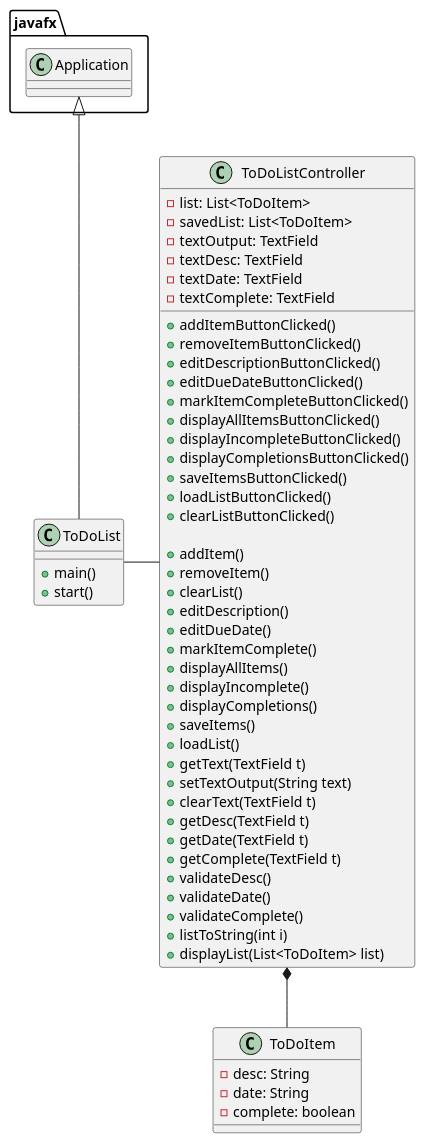
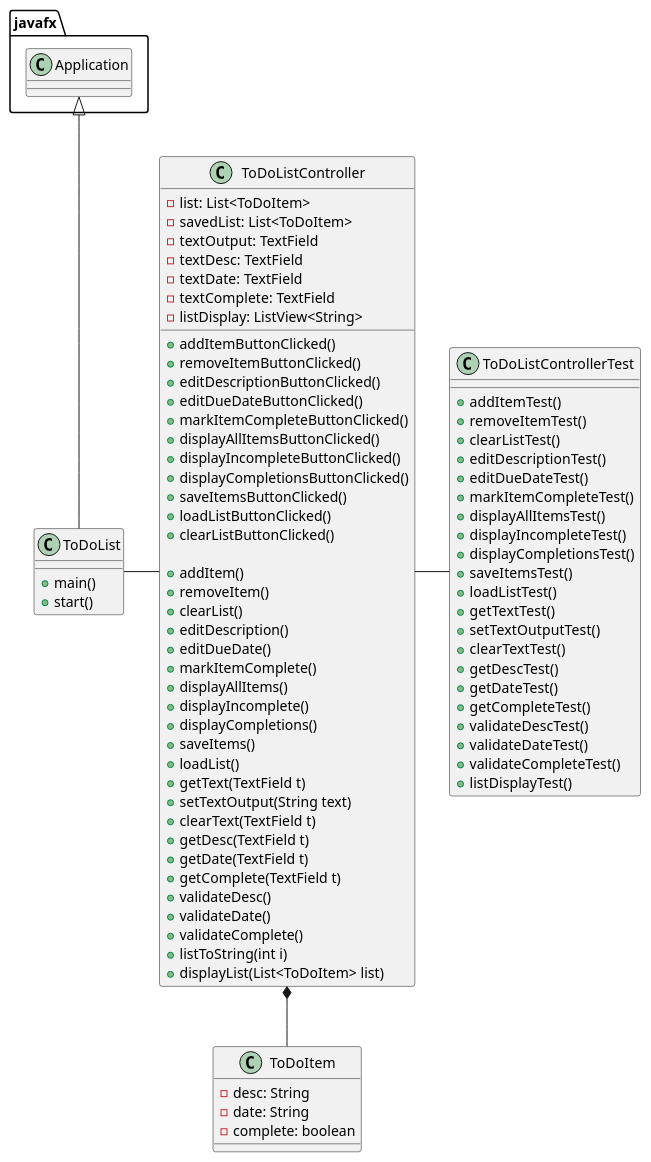
The diagram in uml/ToDoList.puml (christianklingbiel/klingbiel-cop3330-assignment4), drawn with PlantUML before and after one commit. The commit also changed 3 other files, not shown here.

```diff
--- a/uml/ToDoList.puml
+++ b/uml/ToDoList.puml
@@ -1,66 +1,93 @@
 @startuml
 'https://plantuml.com/class-diagram
 
 class ToDoList {
     + main()
     + start()
 }
 
 class ToDoItem {
     - desc: String
     - date: String
     - complete: boolean
 }
 
 class ToDoListController {
     - list: List<ToDoItem>
     - savedList: List<ToDoItem>
     - textOutput: TextField
     - textDesc: TextField
     - textDate: TextField
     - textComplete: TextField
+    - listDisplay: ListView<String>
 
     + addItemButtonClicked()
     + removeItemButtonClicked()
     + editDescriptionButtonClicked()
     + editDueDateButtonClicked()
     + markItemCompleteButtonClicked()
     + displayAllItemsButtonClicked()
     + displayIncompleteButtonClicked()
     + displayCompletionsButtonClicked()
     + saveItemsButtonClicked()
     + loadListButtonClicked()
     + clearListButtonClicked()
 
     + addItem()
     + removeItem()
     + clearList()
     + editDescription()
     + editDueDate()
     + markItemComplete()
     + displayAllItems()
     + displayIncomplete()
     + displayCompletions()
     + saveItems()
     + loadList()
     + getText(TextField t)
     + setTextOutput(String text)
     + clearText(TextField t)
     + getDesc(TextField t)
     + getDate(TextField t)
     + getComplete(TextField t)
     + validateDesc()
     + validateDate()
     + validateComplete()
     + listToString(int i)
     + displayList(List<ToDoItem> list)
 
 }
 
+class ToDoListControllerTest {
+    + addItemTest()
+    + removeItemTest()
+    + clearListTest()
+    + editDescriptionTest()
+    + editDueDateTest()
+    + markItemCompleteTest()
+    + displayAllItemsTest()
+    + displayIncompleteTest()
+    + displayCompletionsTest()
+    + saveItemsTest()
+    + loadListTest()
+    + getTextTest()
+    + setTextOutputTest()
+    + clearTextTest()
+    + getDescTest()
+    + getDateTest()
+    + getCompleteTest()
+    + validateDescTest()
+    + validateDateTest()
+    + validateCompleteTest()
+    + listDisplayTest()
+}
+
 javafx.Application <|-- ToDoList
 
 ToDoList - ToDoListController
 
+ToDoListController - ToDoListControllerTest
+
 ToDoListController *-- ToDoItem
 
 @enduml
```
